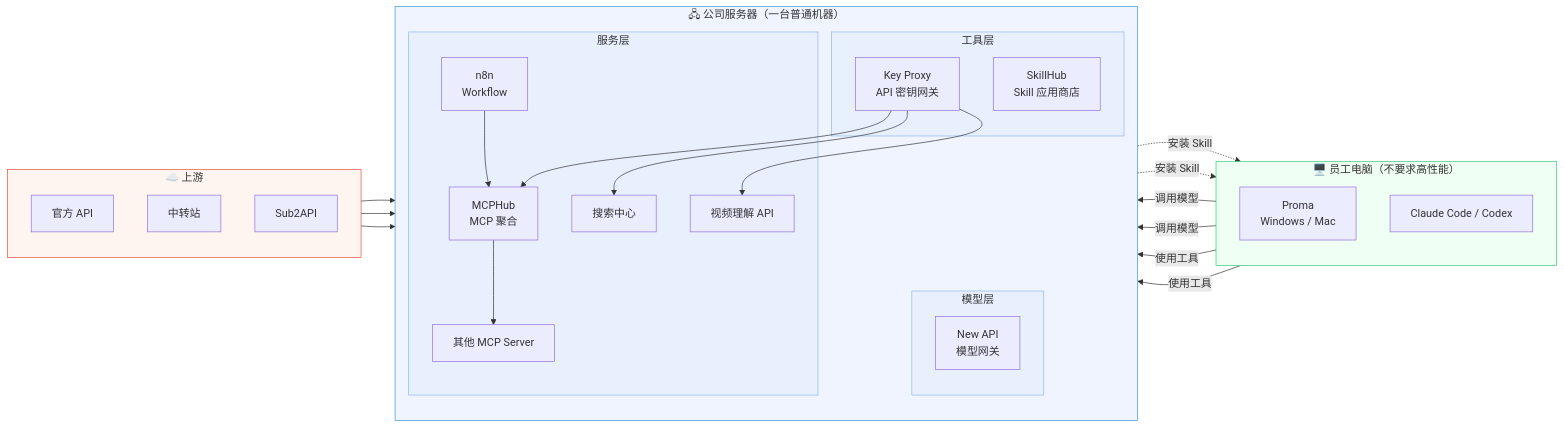
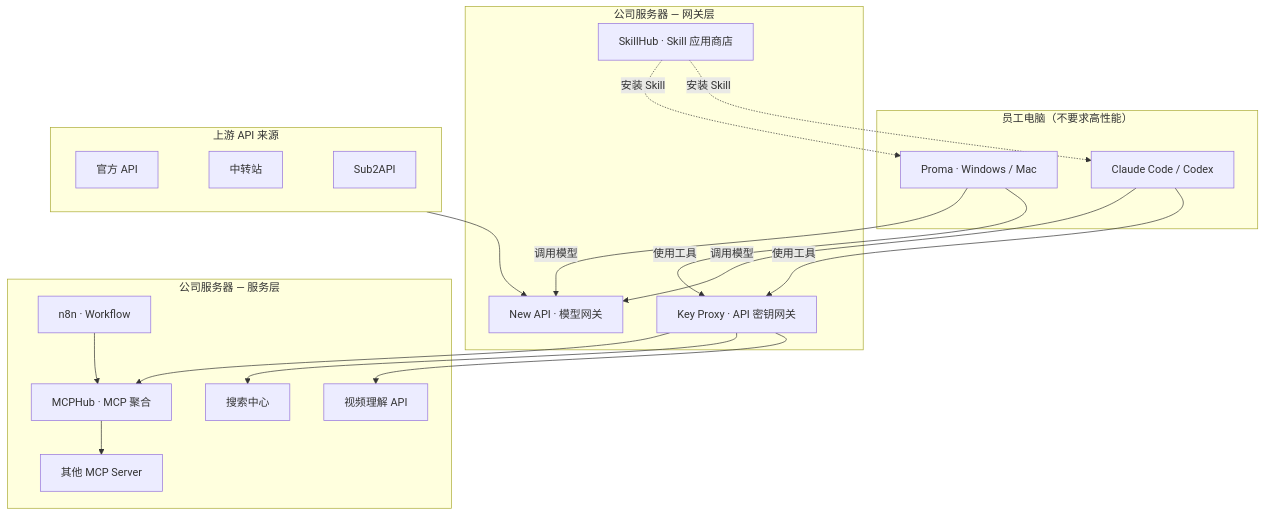
Before and after one commit to zj1123581321/zj1123581321.github.io: the second of 2 diagrams in content/posts/260908-smb-agent-framework/index.md, drawn with Mermaid.

Commit message:
fix: mermaid 架构图改为扁平结构
去掉嵌套子图和自定义颜色，改为 TD 布局 + 单层子图四区
（客户端/网关层/服务层/上游），避免暗色主题渲染问题。

Agent-Executor: cc
Agent-Session: 34aa7eed-ce75-4ad8-9e7b-e6d6c7fc88c1
Agent-Effort: high

````diff
--- a/content/posts/260908-smb-agent-framework/index.md
+++ b/content/posts/260908-smb-agent-framework/index.md
@@ -271,60 +271,40 @@
 ```mermaid
-graph LR
-    subgraph Client["🖥️ 员工电脑（不要求高性能）"]
-        direction TB
-        Proma["Proma<br/>Windows / Mac"]
+graph TD
+    subgraph Client["员工电脑（不要求高性能）"]
+        Proma["Proma · Windows / Mac"]
         CC["Claude Code / Codex"]
     end
 
-    subgraph Server["🖧 公司服务器（一台普通机器）"]
-        direction TB
-
-        subgraph ModelLayer["模型层"]
-            NewAPI["New API<br/>模型网关"]
-        end
-
-        subgraph ToolLayer["工具层"]
-            KeyProxy["Key Proxy<br/>API 密钥网关"]
-            SkillHub["SkillHub<br/>Skill 应用商店"]
-        end
-
-        subgraph ServiceLayer["服务层"]
-            MCPHub["MCPHub<br/>MCP 聚合"]
-            Search["搜索中心"]
-            Video["视频理解 API"]
-            N8N["n8n<br/>Workflow"]
-            MCP["其他 MCP Server"]
-        end
+    subgraph Gateway["公司服务器 — 网关层"]
+        NewAPI["New API · 模型网关"]
+        KeyProxy["Key Proxy · API 密钥网关"]
+        SkillHub["SkillHub · Skill 应用商店"]
     end
 
-    subgraph Upstream["☁️ 上游"]
-        direction TB
-        Official["官方 API"]
-        Reseller["中转站"]
-        Sub2API["Sub2API"]
+    subgraph Services["公司服务器 — 服务层"]
+        MCPHub["MCPHub · MCP 聚合"]
+        Search["搜索中心"]
+        Video["视频理解 API"]
+        N8N["n8n · Workflow"]
+        MCP["其他 MCP Server"]
     end
 
-    Proma -->|调用模型| NewAPI
-    CC -->|调用模型| NewAPI
-    Proma -->|使用工具| KeyProxy
-    CC -->|使用工具| KeyProxy
-    SkillHub -.->|安装 Skill| Proma
-    SkillHub -.->|安装 Skill| CC
+    subgraph Upstream["上游 API 来源"]
+        Official["官方 API"] ~~~ Reseller["中转站"] ~~~ Sub2API["Sub2API"]
+    end
 
-    Official --> NewAPI
-    Reseller --> NewAPI
-    Sub2API --> NewAPI
+    Proma -- 调用模型 --> NewAPI
+    CC -- 调用模型 --> NewAPI
+    Proma -- 使用工具 --> KeyProxy
+    CC -- 使用工具 --> KeyProxy
+    SkillHub -. 安装 Skill .-> Proma
+    SkillHub -. 安装 Skill .-> CC
+
+    Upstream --> NewAPI
 
     KeyProxy --> MCPHub
     KeyProxy --> Search
     KeyProxy --> Video
     MCPHub --> MCP
     N8N --> MCPHub
-
-    style Client fill:#f0fff4,stroke:#2ecc71
-    style Server fill:#f0f4ff,stroke:#3498db
-    style Upstream fill:#fff5f0,stroke:#e74c3c
-    style ModelLayer fill:#e8f0fe,stroke:#90b4f0
-    style ToolLayer fill:#e8f0fe,stroke:#90b4f0
-    style ServiceLayer fill:#e8f0fe,stroke:#90b4f0
 ```
````
